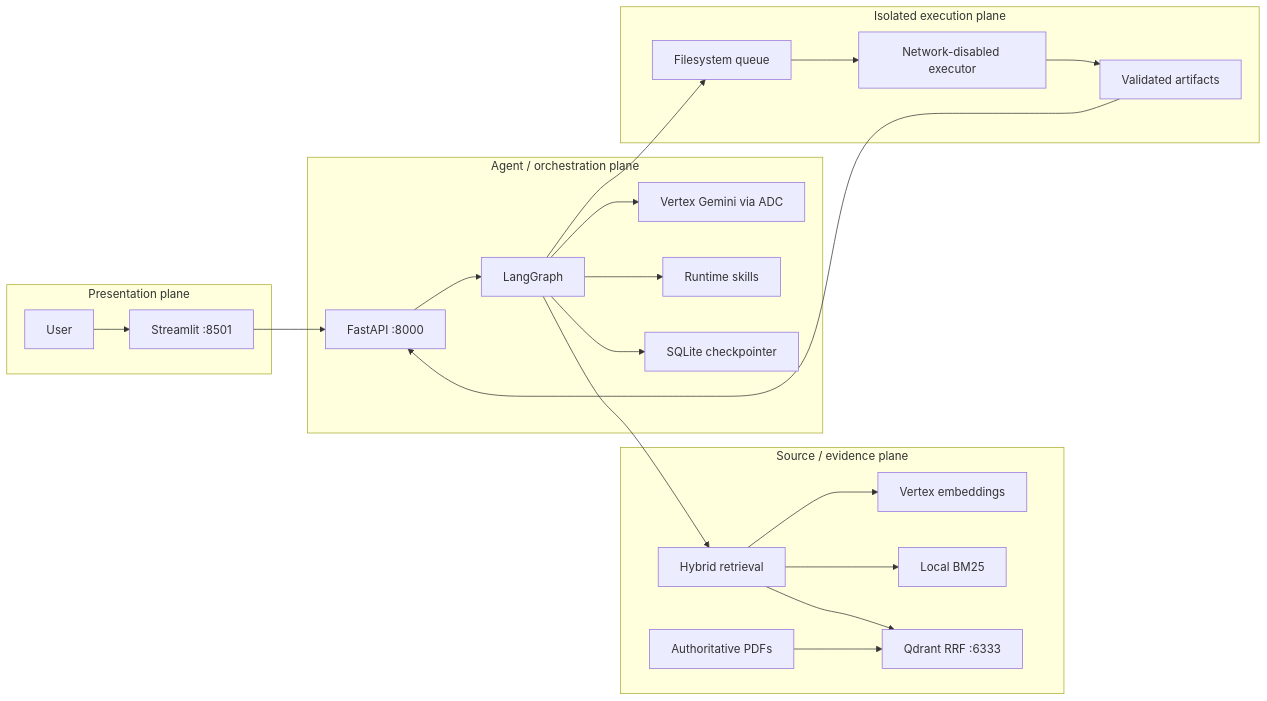
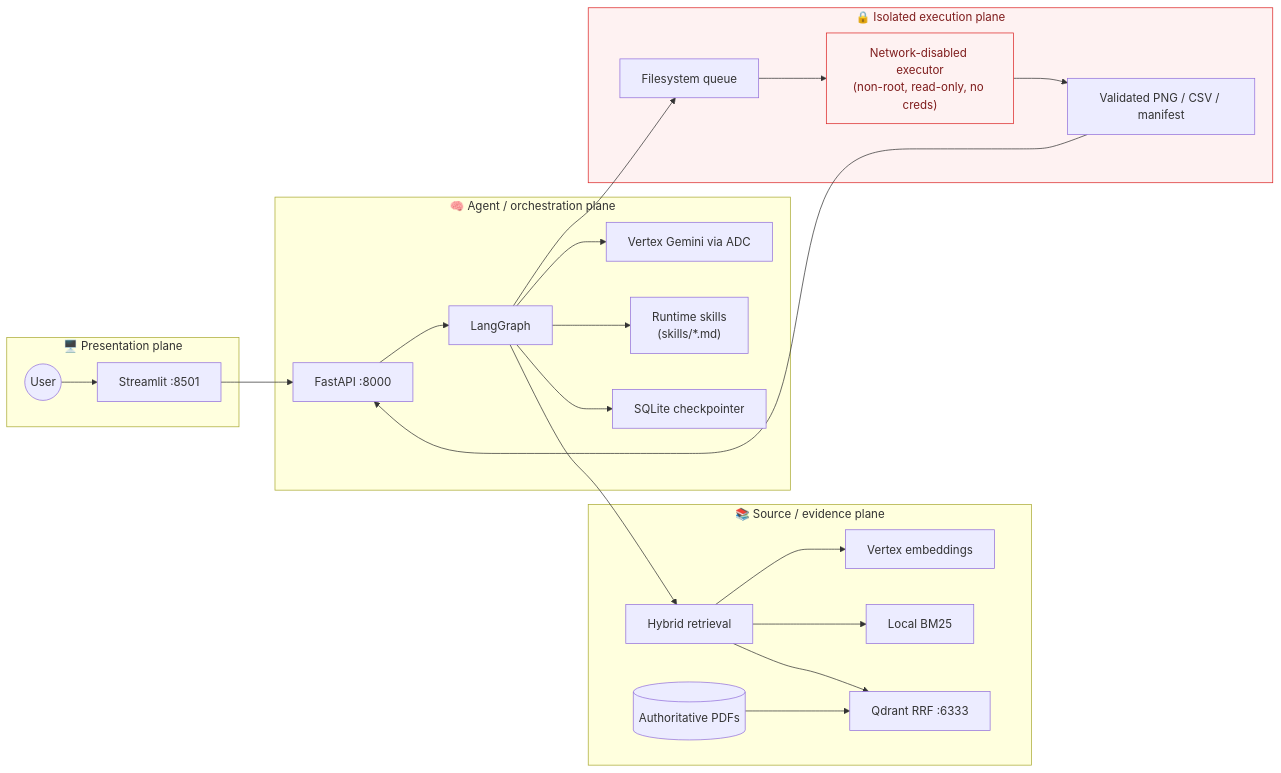
One commit to rmnvg/census-insight-agent changed the first of 3 diagrams in README.md. Above: the diagram before and after it, drawn with Mermaid. The commit also changed other lines of this file and 1 other file, not shown here.

````diff
--- a/README.md
+++ b/README.md
@@ -17,26 +57,29 @@
 ```mermaid
 flowchart LR
-  subgraph P[Presentation plane]
-    U[User] --> UI[Streamlit :8501]
+  subgraph P["🖥️ Presentation plane"]
+    U((User)) --> UI["Streamlit :8501"]
   end
-  subgraph A[Agent / orchestration plane]
-    UI --> API[FastAPI :8000]
-    API --> LG[LangGraph]
-    LG --> V[Vertex Gemini via ADC]
-    LG --> S[Runtime skills]
-    LG --> M[SQLite checkpointer]
+  subgraph A["🧠 Agent / orchestration plane"]
+    UI --> API["FastAPI :8000"]
+    API --> LG["LangGraph"]
+    LG --> V["Vertex Gemini via ADC"]
+    LG --> S["Runtime skills\n(skills/*.md)"]
+    LG --> M["SQLite checkpointer"]
   end
-  subgraph E[Source / evidence plane]
-    LG --> R[Hybrid retrieval]
-    R --> VE[Vertex embeddings]
-    R --> BM[Local BM25]
-    R --> Q[Qdrant RRF :6333]
-    PDF[Authoritative PDFs] --> Q
+  subgraph E["📚 Source / evidence plane"]
+    LG --> R["Hybrid retrieval"]
+    R --> VE["Vertex embeddings"]
+    R --> BM["Local BM25"]
+    R --> Q["Qdrant RRF :6333"]
+    PDF[("Authoritative PDFs")] --> Q
   end
-  subgraph X[Isolated execution plane]
-    LG --> FQ[Filesystem queue]
-    FQ --> EX[Network-disabled executor]
-    EX --> AR[Validated artifacts]
+  subgraph X["🔒 Isolated execution plane"]
+    LG --> FQ["Filesystem queue"]
+    FQ --> EX["Network-disabled executor\n(non-root, read-only, no creds)"]
+    EX --> AR["Validated PNG / CSV / manifest"]
     AR --> API
   end
+
+  classDef isolated fill:#fef2f2,stroke:#dc2626,color:#7f1d1d
+  class X,EX isolated
 ```
````
